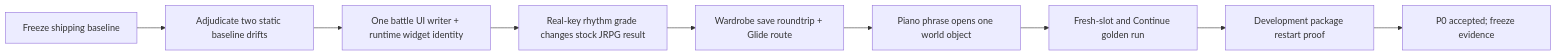
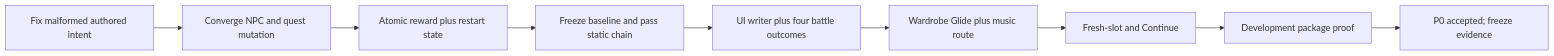
One commit to fromage3900/MelodiaMelusinaV2 changed the diagram in Docs/Handoffs/MELODIA_CONVERGENCE_CLOSEOUT_AND_P0_PLAN_2026-08-24.md. Above: the diagram before and after it, drawn with Mermaid. The commit also changed other lines of this file and 11 other files, not shown here.

````diff
--- a/Docs/Handoffs/MELODIA_CONVERGENCE_CLOSEOUT_AND_P0_PLAN_2026-08-24.md
+++ b/Docs/Handoffs/MELODIA_CONVERGENCE_CLOSEOUT_AND_P0_PLAN_2026-08-24.md
@@ -67,11 +99,11 @@
 ```mermaid
 flowchart LR
-    A[Freeze shipping baseline] --> B[Adjudicate two static baseline drifts]
-    B --> C[One battle UI writer + runtime widget identity]
-    C --> D[Real-key rhythm grade changes stock JRPG result]
-    D --> E[Wardrobe save roundtrip + Glide route]
-    E --> F[Piano phrase opens one world object]
-    F --> G[Fresh-slot and Continue golden run]
-    G --> H[Development package restart proof]
+    A[Fix malformed authored intent] --> B[Converge NPC and quest mutation]
+    B --> C[Atomic reward plus restart state]
+    C --> D[Freeze baseline and pass static chain]
+    D --> E[UI writer plus four battle outcomes]
+    E --> F[Wardrobe Glide plus music route]
+    F --> G[Fresh-slot and Continue]
+    G --> H[Development package proof]
     H --> I[P0 accepted; freeze evidence]
 ```
````
